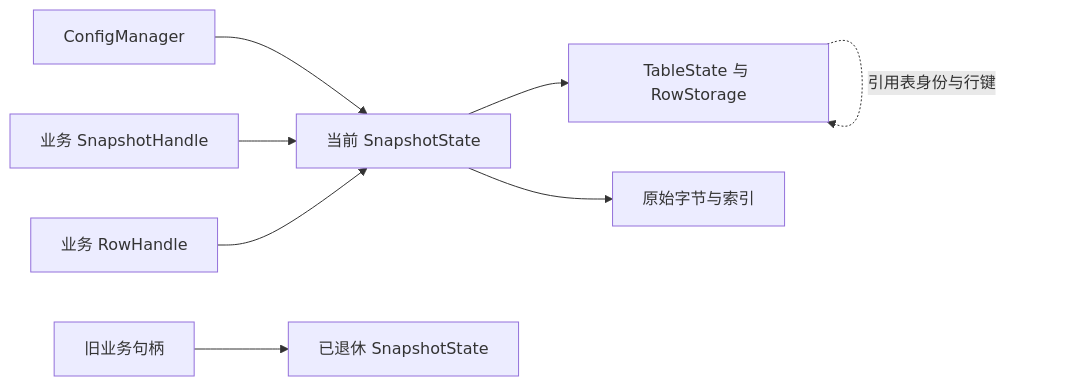
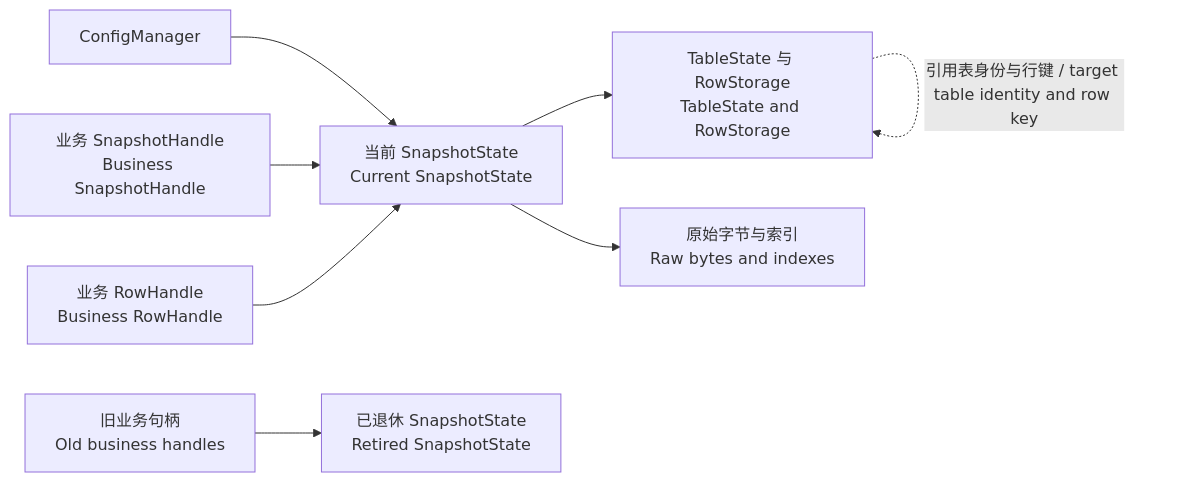
The diagram in docs/server-runtime-design.md (zhanglinshuia-code/ZrConfig), drawn with Mermaid before and after one commit. The commit also changed other lines of this file and 16 other files, not shown here.

````diff
--- a/docs/server-runtime-design.md
+++ b/docs/server-runtime-design.md
@@ -312,10 +527,10 @@
 ```mermaid
 flowchart LR
-    M[ConfigManager] --> S[当前 SnapshotState]
-    H[业务 SnapshotHandle] --> S
-    R[业务 RowHandle] --> S
-    S --> T[TableState 与 RowStorage]
-    S --> B[原始字节与索引]
-    T -. 引用表身份与行键 .-> T
-    O[旧业务句柄] --> P[已退休 SnapshotState]
+    M[ConfigManager] --> S[当前 SnapshotState<br/>Current SnapshotState]
+    H[业务 SnapshotHandle<br/>Business SnapshotHandle] --> S
+    R[业务 RowHandle<br/>Business RowHandle] --> S
+    S --> T[TableState 与 RowStorage<br/>TableState and RowStorage]
+    S --> B[原始字节与索引<br/>Raw bytes and indexes]
+    T -. 引用表身份与行键 / target table identity and row key .-> T
+    O[旧业务句柄<br/>Old business handles] --> P[已退休 SnapshotState<br/>Retired SnapshotState]
 ```
````
